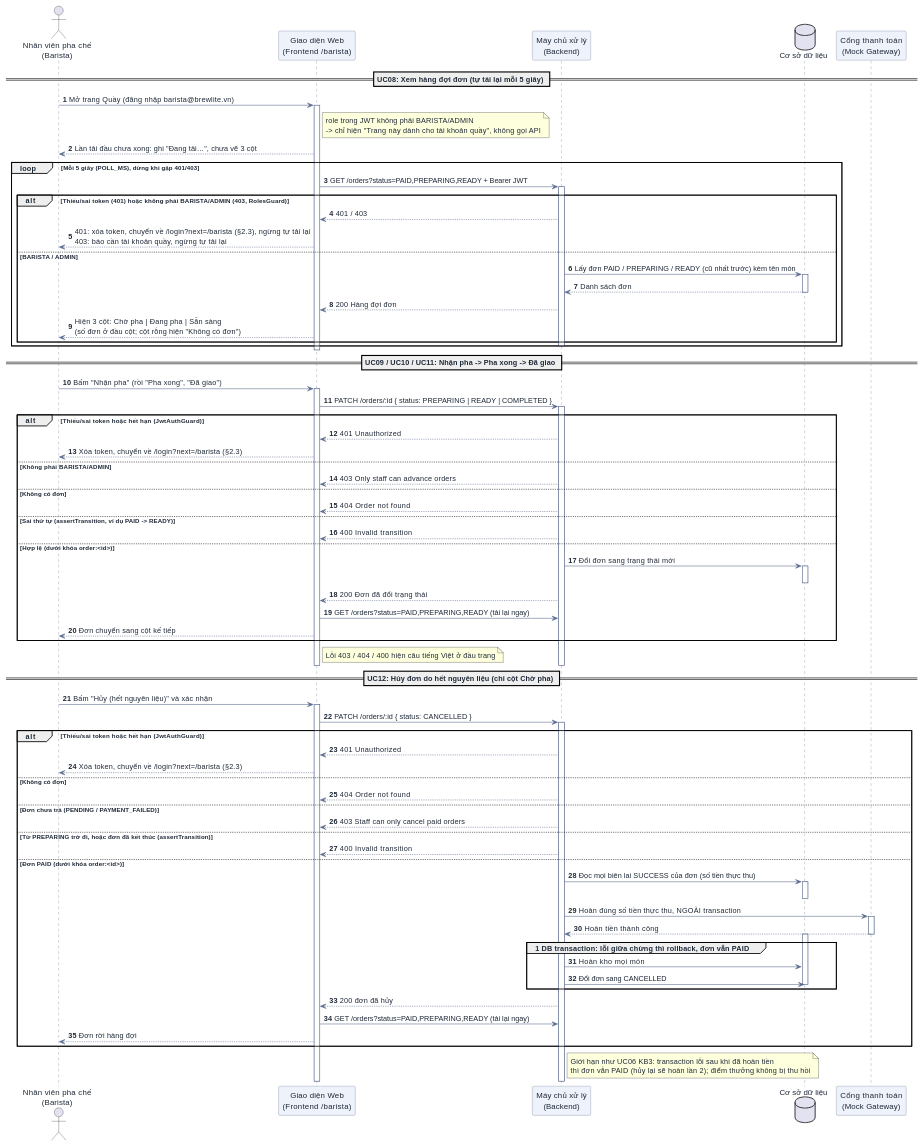
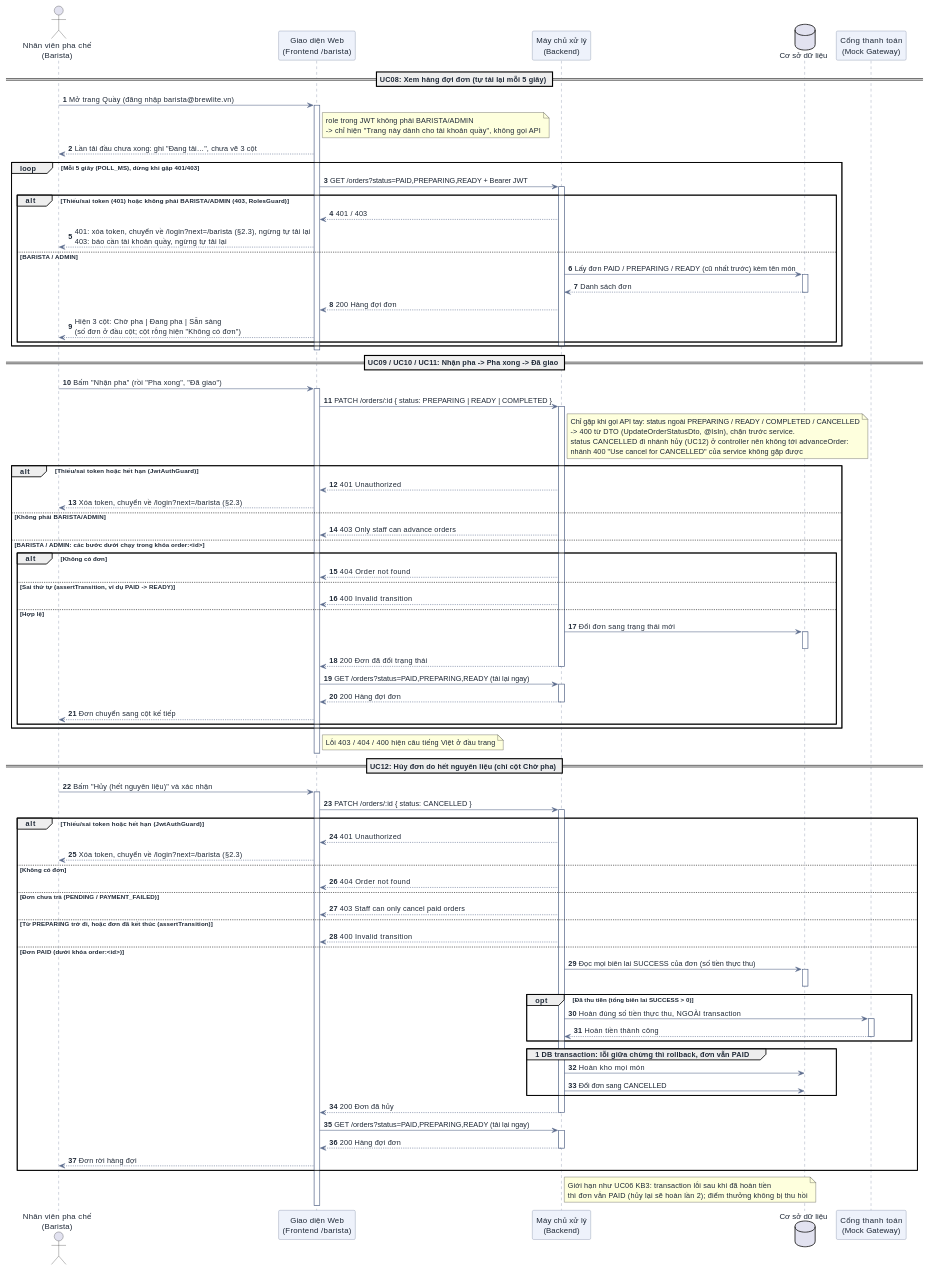
One commit to DuVinhLoi/BrewLite changed the eighth of 10 diagrams in docs/user-sequence-specifications.md. Above: the diagram before and after it, drawn with PlantUML. The commit also changed other lines of this file, not shown here.

Commit message:
docs: align sequence diagrams with code after review

````diff
--- a/docs/user-sequence-specifications.md
+++ b/docs/user-sequence-specifications.md
@@ -947,25 +959,31 @@
 activate FE
 FE -> BE : PATCH /orders/:id { status: PREPARING | READY | COMPLETED }
 activate BE
+note right of BE : Chỉ gặp khi gọi API tay: status ngoài PREPARING / READY / COMPLETED / CANCELLED\n-> 400 từ DTO (UpdateOrderStatusDto, @IsIn), chặn trước service.\nstatus CANCELLED đi nhánh hủy (UC12) ở controller nên không tới advanceOrder:\nnhánh 400 "Use cancel for CANCELLED" của service không gặp được
 alt Thiếu/sai token hoặc hết hạn (JwtAuthGuard)
     BE --> FE : 401 Unauthorized
     FE --> User : Xóa token, chuyển về /login?next=/barista (§2.3)
 else Không phải BARISTA/ADMIN
     BE --> FE : 403 Only staff can advance orders
-else Không có đơn
-    BE --> FE : 404 Order not found
-else Sai thứ tự (assertTransition, ví dụ PAID -> READY)
-    BE --> FE : 400 Invalid transition
-else Hợp lệ (dưới khóa order:<id>)
-    BE -> DB : Đổi đơn sang trạng thái mới
-    activate DB
-    deactivate DB
-    BE --> FE : 200 Đơn đã đổi trạng thái
-    FE -> BE : GET /orders?status=PAID,PREPARING,READY (tải lại ngay)
-    FE --> User : Đơn chuyển sang cột kế tiếp
+else BARISTA / ADMIN: các bước dưới chạy trong khóa order:<id>
+    alt Không có đơn
+        BE --> FE : 404 Order not found
+    else Sai thứ tự (assertTransition, ví dụ PAID -> READY)
+        BE --> FE : 400 Invalid transition
+    else Hợp lệ
+        BE -> DB : Đổi đơn sang trạng thái mới
+        activate DB
+        deactivate DB
+        BE --> FE : 200 Đơn đã đổi trạng thái
+        deactivate BE
+        FE -> BE : GET /orders?status=PAID,PREPARING,READY (tải lại ngay)
+        activate BE
+        BE --> FE : 200 Hàng đợi đơn
+        deactivate BE
+        FE --> User : Đơn chuyển sang cột kế tiếp
+    end
 end
 note right of FE : Lỗi 403 / 404 / 400 hiện câu tiếng Việt ở đầu trang
-deactivate BE
 deactivate FE
 
 == UC12: Hủy đơn do hết nguyên liệu (chỉ cột Chờ pha) ==
@@ -986,22 +1004,27 @@
     BE -> DB : Đọc mọi biên lai SUCCESS của đơn (số tiền thực thu)
     activate DB
     deactivate DB
-    BE -> Gateway : Hoàn đúng số tiền thực thu, NGOÀI transaction
-    activate Gateway
-    Gateway --> BE : Hoàn tiền thành công
-    deactivate Gateway
+    opt Đã thu tiền (tổng biên lai SUCCESS > 0)
+        BE -> Gateway : Hoàn đúng số tiền thực thu, NGOÀI transaction
+        activate Gateway
+        Gateway --> BE : Hoàn tiền thành công
+        deactivate Gateway
+    end
     group 1 DB transaction: lỗi giữa chừng thì rollback, đơn vẫn PAID
         activate DB
         BE -> DB : Hoàn kho mọi món
         BE -> DB : Đổi đơn sang CANCELLED
         deactivate DB
     end
-    BE --> FE : 200 đơn đã hủy
+    BE --> FE : 200 Đơn đã hủy
+    deactivate BE
     FE -> BE : GET /orders?status=PAID,PREPARING,READY (tải lại ngay)
+    activate BE
+    BE --> FE : 200 Hàng đợi đơn
+    deactivate BE
     FE --> User : Đơn rời hàng đợi
 end
 note right of BE : Giới hạn như UC06 KB3: transaction lỗi sau khi đã hoàn tiền\nthì đơn vẫn PAID (hủy lại sẽ hoàn lần 2); điểm thưởng không bị thu hồi
-deactivate BE
 deactivate FE
 @enduml
 ```
````
